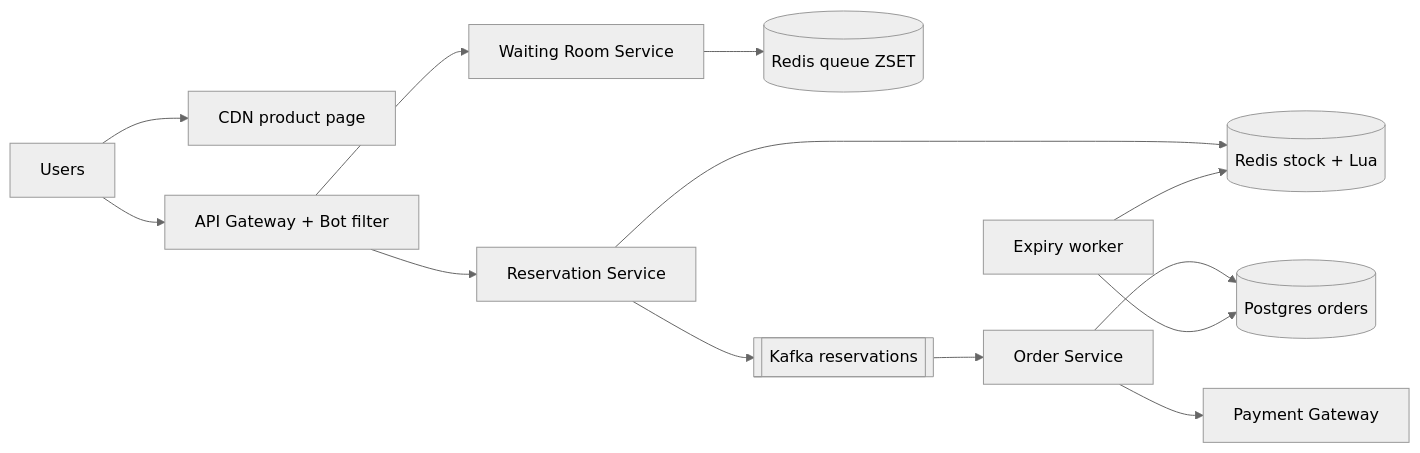
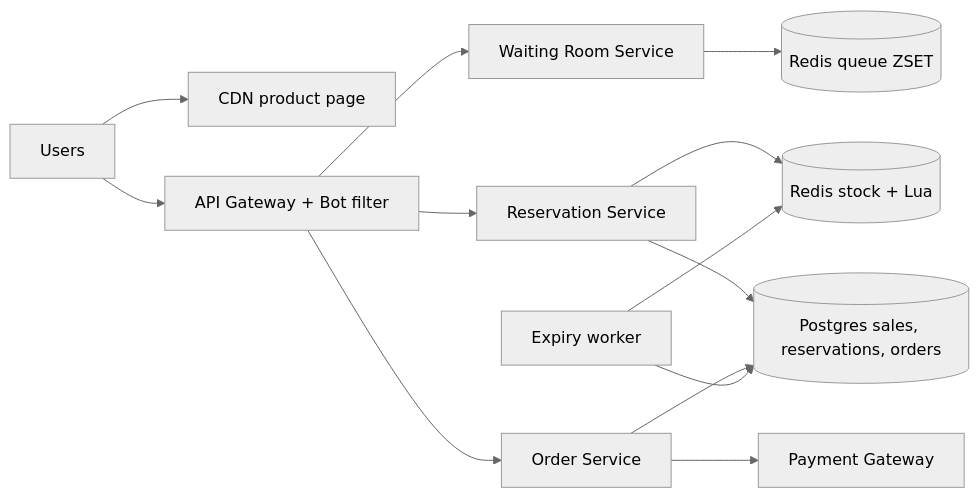
The first of 2 diagrams in content-en/02-questions/t2-15-flash-sale.md (flow6979/system-design-prep), drawn with Mermaid (neutral theme) before and after one commit. The commit also changed other lines of this file and 61 other files, not shown here.

````diff
--- a/content-en/02-questions/t2-15-flash-sale.md
+++ b/content-en/02-questions/t2-15-flash-sale.md
@@ -74,15 +81,15 @@
 ```mermaid
 flowchart LR
   U["Users"] --> CDN["CDN product page"]
   U --> G["API Gateway + Bot filter"]
   G --> WR["Waiting Room Service"]
   WR --> RQ[("Redis queue ZSET")]
   G --> RS["Reservation Service"]
   RS --> RI[("Redis stock + Lua")]
-  RS --> K[["Kafka reservations"]]
-  K --> OS["Order Service"]
-  OS --> DB[("Postgres orders")]
+  RS --> DB[("Postgres sales, reservations, orders")]
+  G --> OS["Order Service"]
+  OS --> DB
   OS --> PG["Payment Gateway"]
   EX["Expiry worker"] --> DB
   EX --> RI
 ```
````
